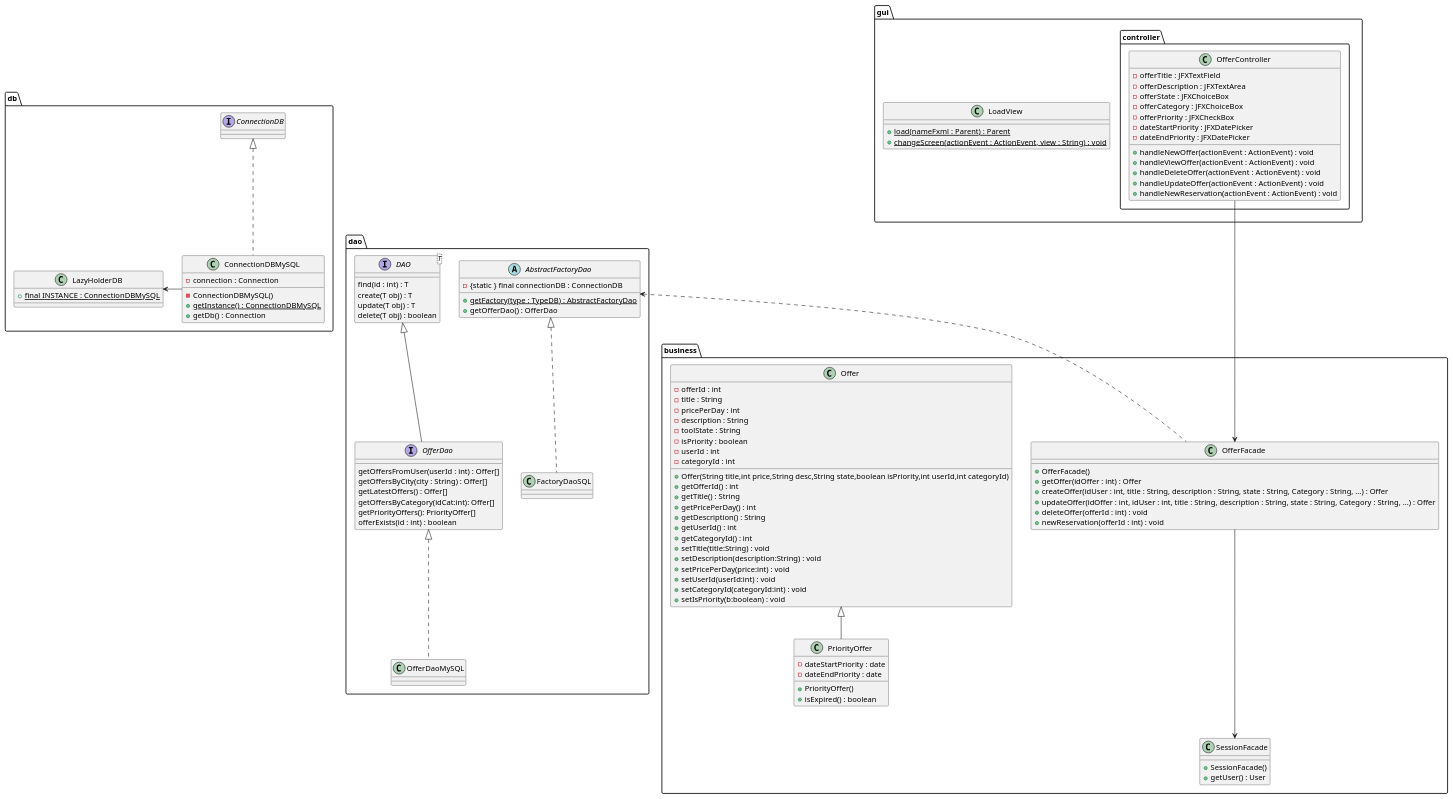
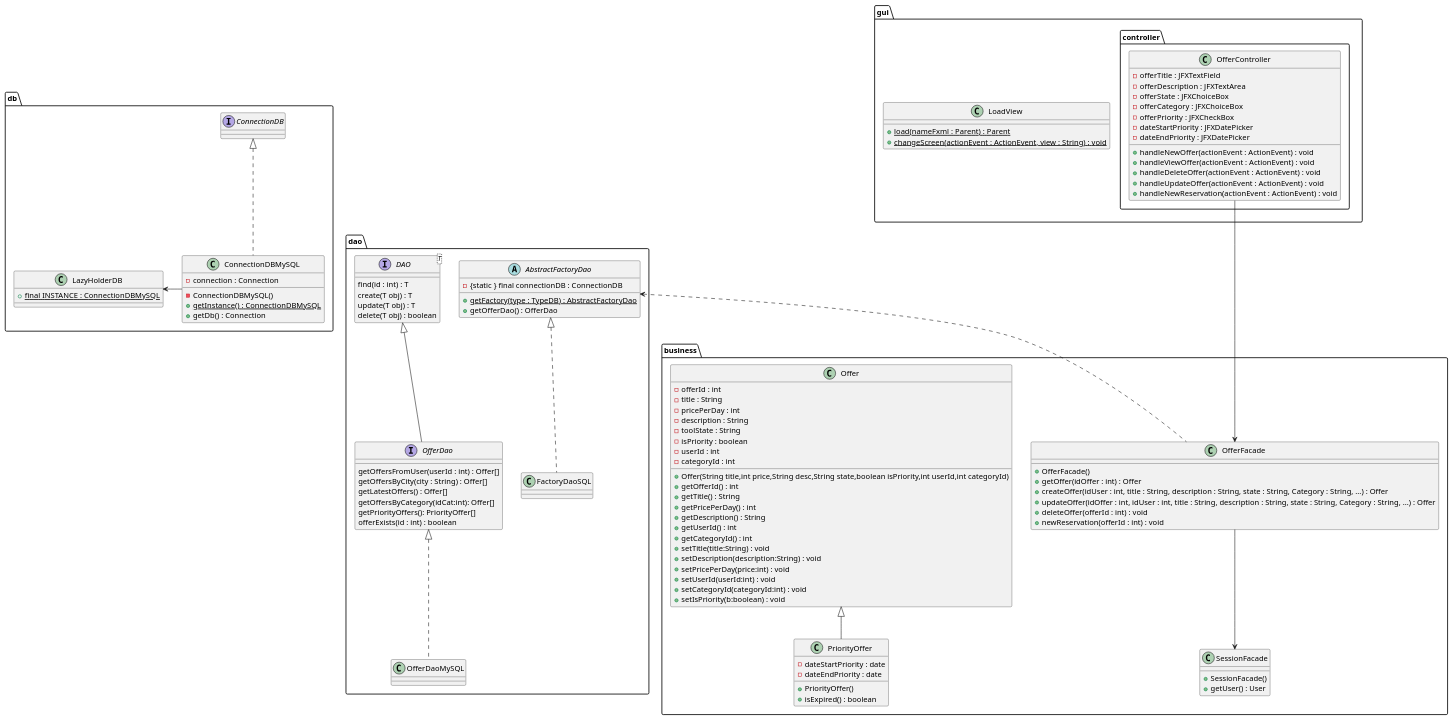
The diagram in documents/diagram/offer/offerClass.puml (LaunoisRemy/ToolShare), drawn with PlantUML before and after one commit.

Commit message:
UPDATE : offer class diagram

```diff
--- a/documents/diagram/offer/offerClass.puml
+++ b/documents/diagram/offer/offerClass.puml
@@ -1,136 +1,136 @@
 @startuml
 
 package dao {
 
 
     interface OfferDao{
         getOffersFromUser(userId : int) : Offer[]
         getOffersByCity(city : String) : Offer[]
         getLatestOffers() : Offer[]
         getOffersByCategory(idCat:int): Offer[]
         getPriorityOffers(): PriorityOffer[]
         offerExists(id : int) : boolean
     }
     class OfferDaoMySQL
     FactoryDaoSQL .up.|> AbstractFactoryDao
     OfferDaoMySQL .up.|> OfferDao
 
 
     interface DAO<T>{
         find(id : int) : T
         create(T obj) : T
         update(T obj) : T
         delete(T obj) : boolean
     }
 
     abstract AbstractFactoryDao{
         - {static } final connectionDB : ConnectionDB
         + {static} getFactory(type : TypeDB) : AbstractFactoryDao
         + getOfferDao() : OfferDao
     }
 
     class FactoryDaoSQL{
     }
 
 
     DAO <|-- OfferDao
 }
 package db{
     class ConnectionDBMySQL{
         - connection : Connection
         - ConnectionDBMySQL()
         + {static} getInstance() : ConnectionDBMySQL
         + getDb() : Connection
     }
 
     class LazyHolderDB{
         + {static} final INSTANCE : ConnectionDBMySQL
     }
     interface ConnectionDB
     ConnectionDBMySQL -Left-> LazyHolderDB
     ConnectionDBMySQL .up.|> ConnectionDB
 
 }
 package business{
     class SessionFacade{
         + SessionFacade()
         + getUser() : User
     }
 
     class Offer{
         -offerId : int
         -title : String
         -pricePerDay : int
         -description : String
         -toolState : String
         -isPriority : boolean
         -userId : int
         -categoryId : int
         + Offer(String title,int price,String desc,String state,boolean isPriority,int userId,int categoryId)
         + getOfferId() : int
         + getTitle() : String
         + getPricePerDay() : int
         + getDescription() : String
         + getUserId() : int
         + getCategoryId() : int
         + setTitle(title:String) : void
         + setDescription(description:String) : void
         + setPricePerDay(price:int) : void
         + setUserId(userId:int) : void
         + setCategoryId(categoryId:int) : void
         + setIsPriority(b:boolean) : void
     }
 
     class PriorityOffer{
         -dateStartPriority : date
         -dateEndPriority : date
         +PriorityOffer()
         +isExpired() : boolean
     }
     class OfferFacade{
         + OfferFacade()
         + getOffer(idOffer : int) : Offer
         + createOffer(idUser : int, title : String, description : String, state : String, Category : String, ...) : Offer
         + updateOffer(idOffer : int, idUser : int, title : String, description : String, state : String, Category : String, ...) : Offer
         + deleteOffer(offerId : int) : void
         + newReservation(offerId : int) : void
     }
 
         Offer <|-- PriorityOffer
 
 
 }
 
 package gui{
 
     class LoadView{
         + {static} load(nameFxml : Parent) : Parent
         + {static} changeScreen(actionEvent : ActionEvent, view : String) : void
     }
 
     package controller{
         class OfferController{
             -offerTitle : JFXTextField
             -offerDescription : JFXTextArea
             -offerState : JFXChoiceBox
             -offerCategory : JFXChoiceBox
             -offerPriority : JFXCheckBox
             -dateStartPriority : JFXDatePicker
             -dateEndPriority : JFXDatePicker
             + handleNewOffer(actionEvent : ActionEvent) : void
             + handleViewOffer(actionEvent : ActionEvent) : void
             + handleDeleteOffer(actionEvent : ActionEvent) : void
             + handleUpdateOffer(actionEvent : ActionEvent) : void
             + handleNewReservation(actionEvent : ActionEvent) : void
 
         }
 
     }
 }
 OfferFacade <--Up- OfferController
-SessionFacade <--Up- OfferFacade
+SessionFacade <-Up- OfferFacade
 OfferFacade .Up.> AbstractFactoryDao
 
 
 
 @enduml
```
